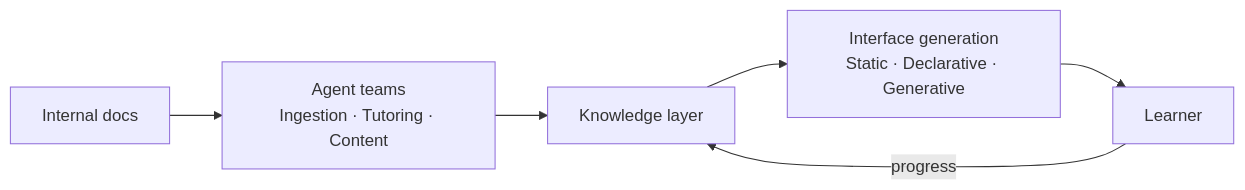
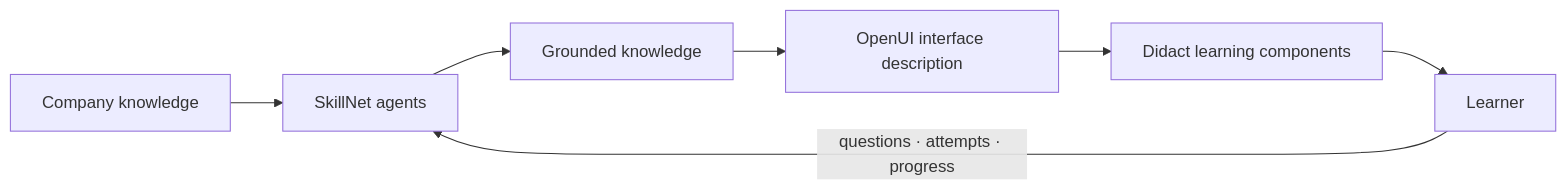
The diagram in README.md (ANFAIA/SkillNet), drawn with Mermaid before and after one commit. The commit also changed other lines of this file, not shown here.

Commit message:
docs: clarify SkillNet value and quick start

````diff
--- a/README.md
+++ b/README.md
@@ -43,8 +59,9 @@
 ```mermaid
 graph LR
-    docs["Internal docs"] --> agents["Agent teams<br/>Ingestion · Tutoring · Content"]
-    agents --> knowledge["Knowledge layer"]
-    knowledge --> ui["Interface generation<br/>Static · Declarative · Generative"]
-    ui --> learner["Learner"]
-    learner -->|progress| knowledge
+    docs["Company knowledge"] --> agents["SkillNet agents"]
+    agents --> knowledge["Grounded knowledge"]
+    knowledge --> openui["OpenUI interface description"]
+    openui --> didact["Didact learning components"]
+    didact --> learner["Learner"]
+    learner -->|questions · attempts · progress| agents
 ```
````
